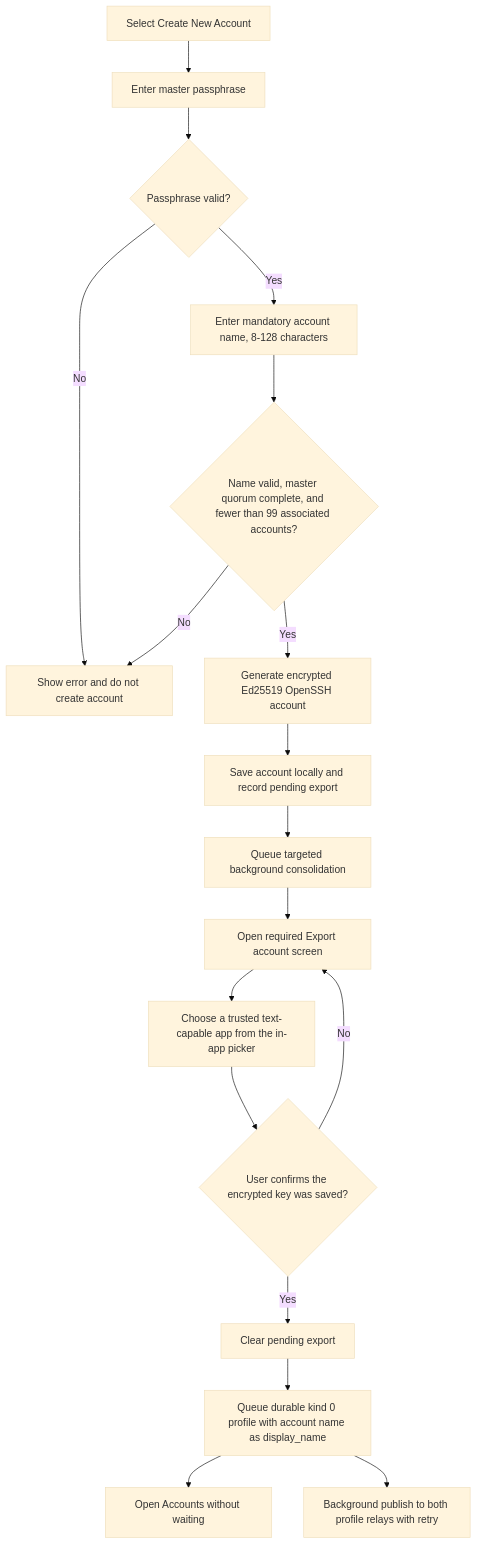
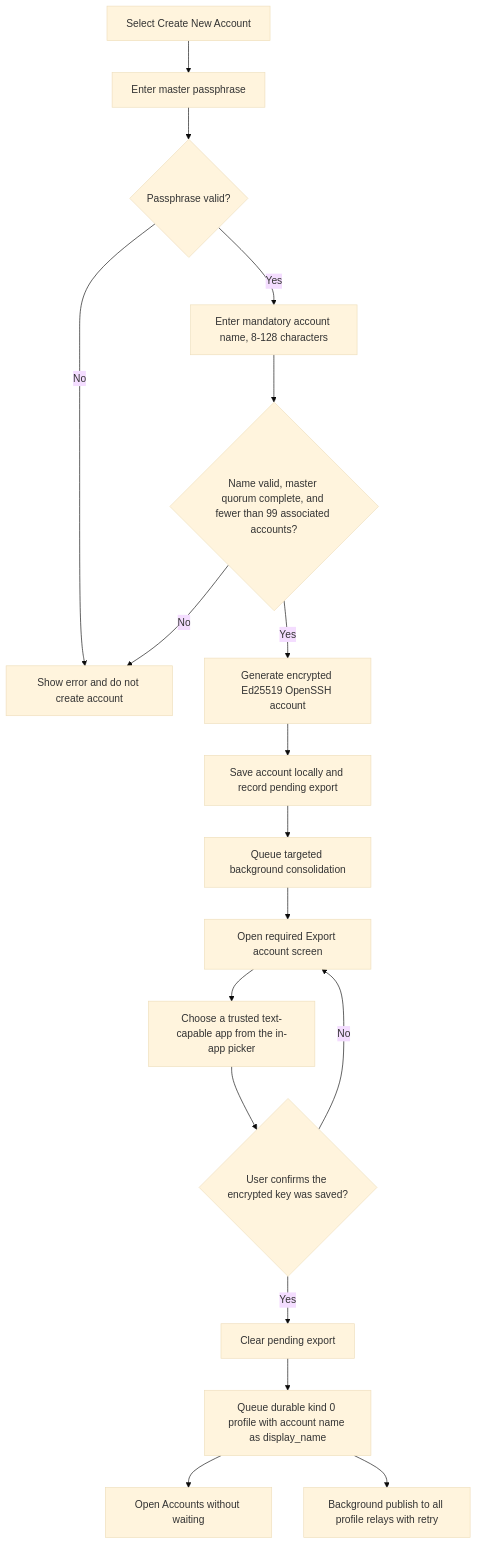
Before and after one commit to ZenTenApp/vault-kotlin: the third of 6 diagrams in docs/stakeholder/flowcharts.md, drawn with Mermaid (base theme). The commit also changed 4 other files, not shown here.

Commit message:
feat(profile): add two more kind 0 profile relays

````diff
--- a/docs/stakeholder/flowcharts.md
+++ b/docs/stakeholder/flowcharts.md
@@ -66,20 +66,20 @@
 ```mermaid
 flowchart TD
     Add["Select Create New Account"] --> EnterPassphrase["Enter master passphrase"]
     EnterPassphrase --> Verify{"Passphrase valid?"}
     Verify -->|No| Rejected["Show error and do not create account"]
     Verify -->|Yes| EnterName["Enter mandatory account name, 8-128 characters"]
     EnterName --> Check{"Name valid, master quorum complete, and fewer than 99 associated accounts?"}
     Check -->|No| Rejected
     Check -->|Yes| Generate["Generate encrypted Ed25519 OpenSSH account"]
     Generate --> Save["Save account locally and record pending export"]
     Save --> Queue["Queue targeted background consolidation"]
     Queue --> Export["Open required Export account screen"]
     Export --> Choose["Choose a trusted text-capable app from the in-app picker"]
     Choose --> Confirm{"User confirms the encrypted key was saved?"}
     Confirm -->|No| Export
     Confirm -->|Yes| Clear["Clear pending export"]
     Clear --> QueueProfile["Queue durable kind 0 profile with account name as display_name"]
     QueueProfile --> Accounts["Open Accounts without waiting"]
-    QueueProfile --> ProfileWorker["Background publish to both profile relays with retry"]
+    QueueProfile --> ProfileWorker["Background publish to all profile relays with retry"]
 ```
````
